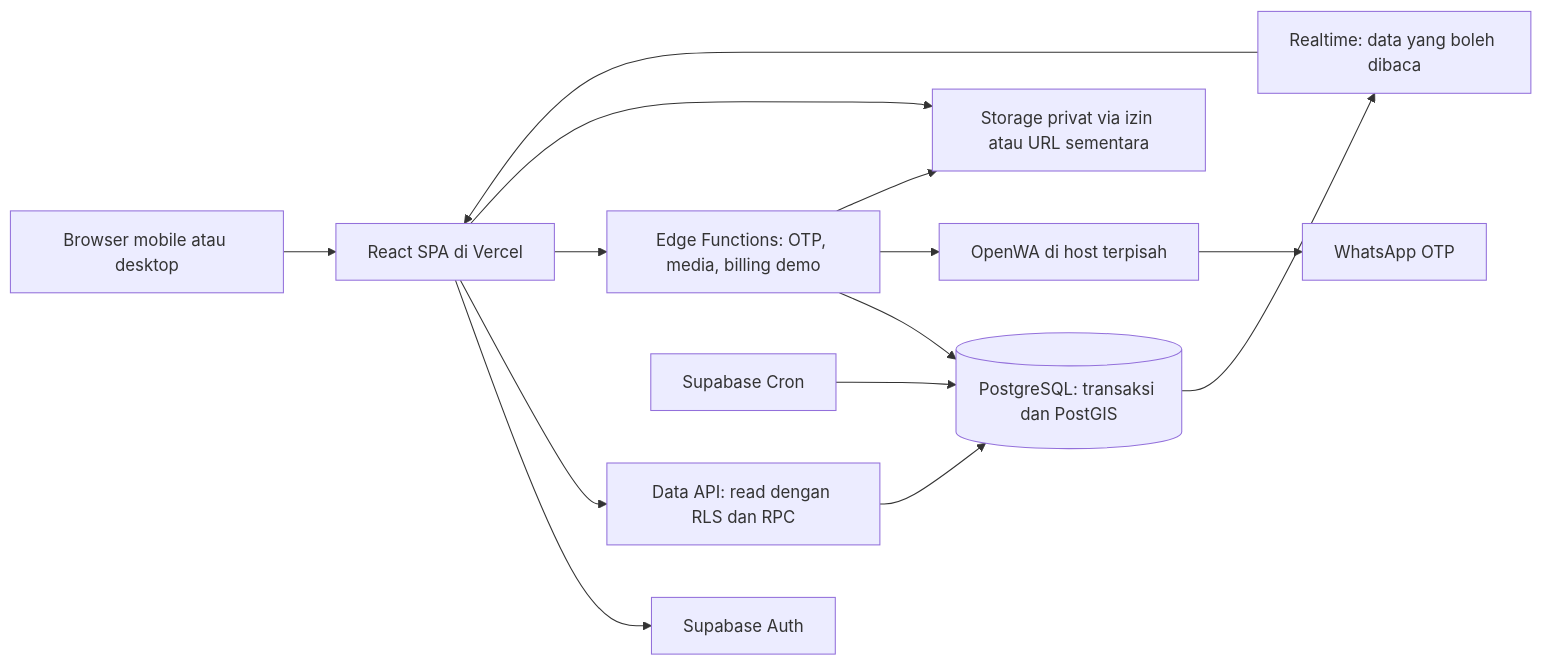
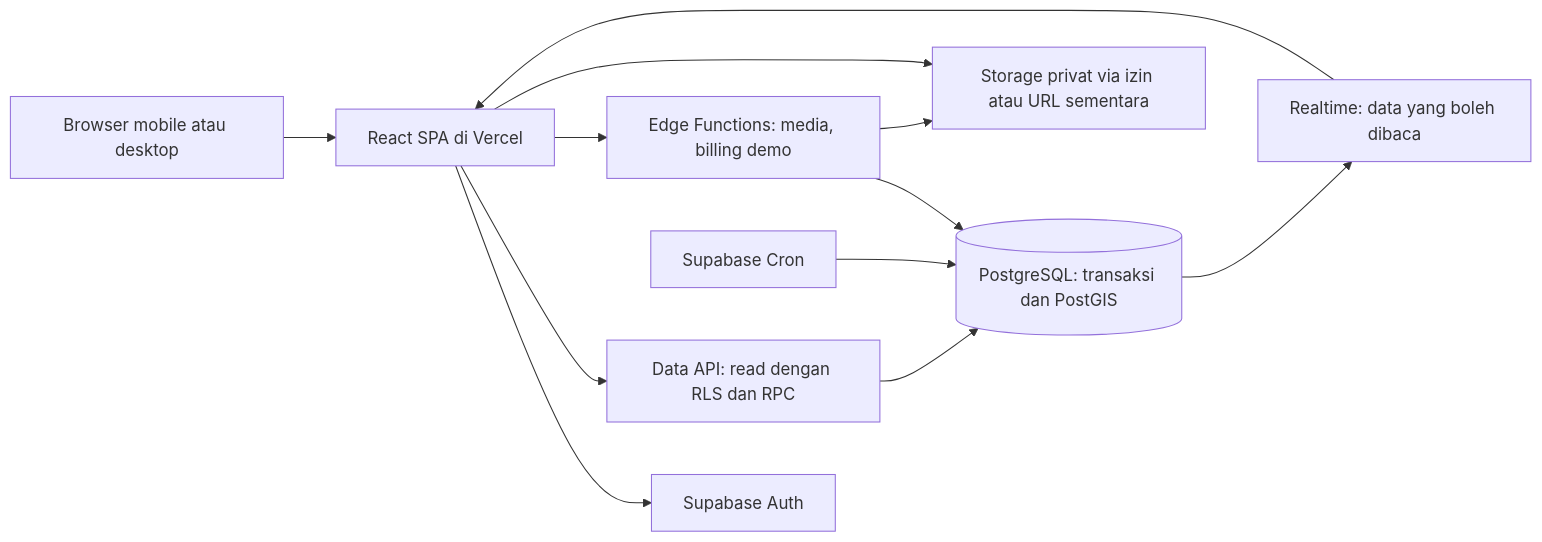
One commit to kahur2005/barter-kada changed the first of 2 diagrams in docs/RFC-001-arsitektur-barter.md. Above: the diagram before and after it, drawn with Mermaid. The commit also changed other lines of this file and 40 other files, not shown here.

````diff
--- a/docs/RFC-001-arsitektur-barter.md
+++ b/docs/RFC-001-arsitektur-barter.md
@@ -69,16 +71,14 @@
 ```mermaid
 flowchart LR
   U[Browser mobile atau desktop] --> V[React SPA di Vercel]
   V --> A[Supabase Auth]
   V --> Q[Data API: read dengan RLS dan RPC]
-  V --> E[Edge Functions: OTP, media, billing demo]
+  V --> E[Edge Functions: media, billing demo]
   Q --> D[(PostgreSQL: transaksi dan PostGIS)]
   E --> D
-  E --> W[OpenWA di host terpisah]
-  W --> WA[WhatsApp OTP]
   D --> R[Realtime: data yang boleh dibaca]
   R --> V
   V --> S[Storage privat via izin atau URL sementara]
   E --> S
   C[Supabase Cron] --> D
 ```
````
